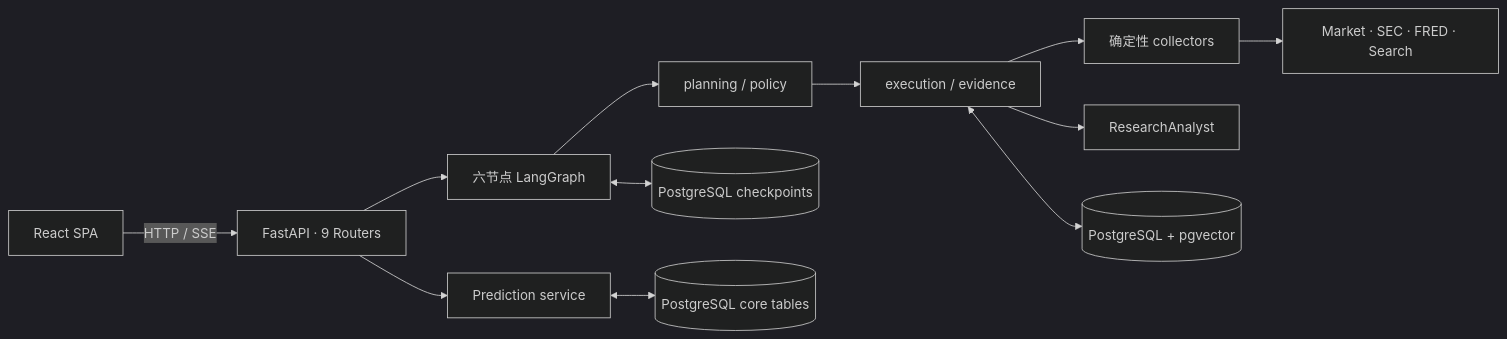
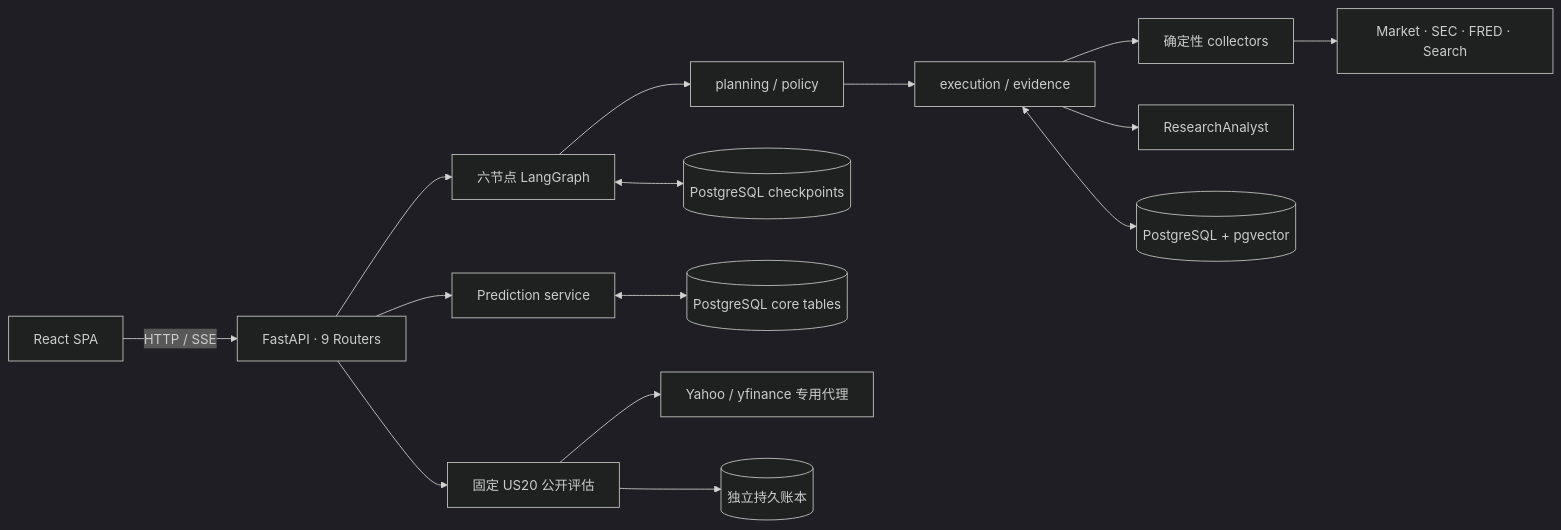
Before and after one commit to kkkano/FinSight: the first of 2 diagrams in docs/01_ARCHITECTURE.md, drawn with Mermaid (dark theme). The commit also changed other lines of this file and 6 other files, not shown here.

````diff
--- a/docs/01_ARCHITECTURE.md
+++ b/docs/01_ARCHITECTURE.md
@@ -15,14 +15,17 @@
 ```mermaid
 flowchart LR
     WEB[React SPA] -->|HTTP / SSE| API[FastAPI · 9 Routers]
     API --> GRAPH[六节点 LangGraph]
     GRAPH --> PLAN[planning / policy]
     PLAN --> EXEC[execution / evidence]
     EXEC --> COLLECT[确定性 collectors]
     EXEC --> ANALYZE[ResearchAnalyst]
     API --> PRED[Prediction service]
     COLLECT --> TOOL[Market · SEC · FRED · Search]
     EXEC <--> RAG[(PostgreSQL + pgvector)]
     GRAPH <--> CP[(PostgreSQL checkpoints)]
     PRED <--> CORE[(PostgreSQL core tables)]
+    API --> BENCH[固定 US20 公开评估]
+    BENCH --> YAHOO[Yahoo / yfinance 专用代理]
+    BENCH --> LEDGER[(独立持久账本)]
 ```
````
